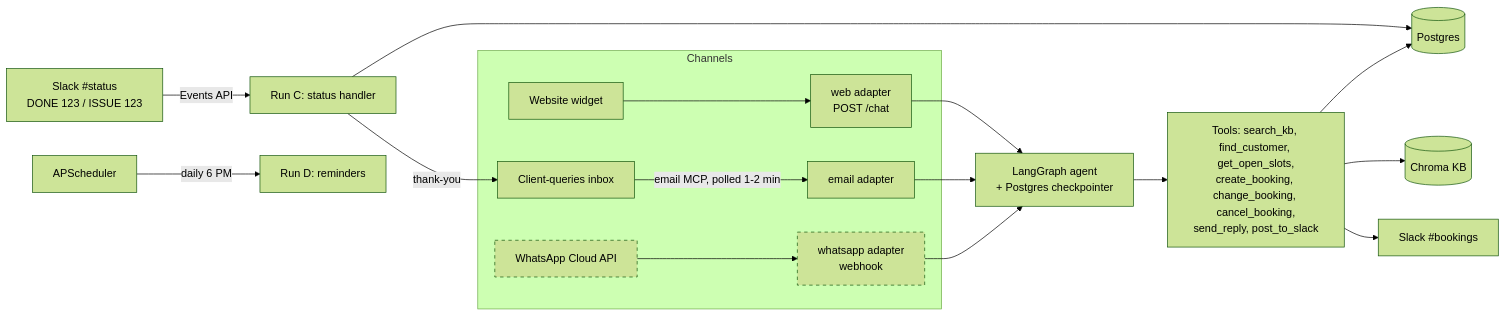
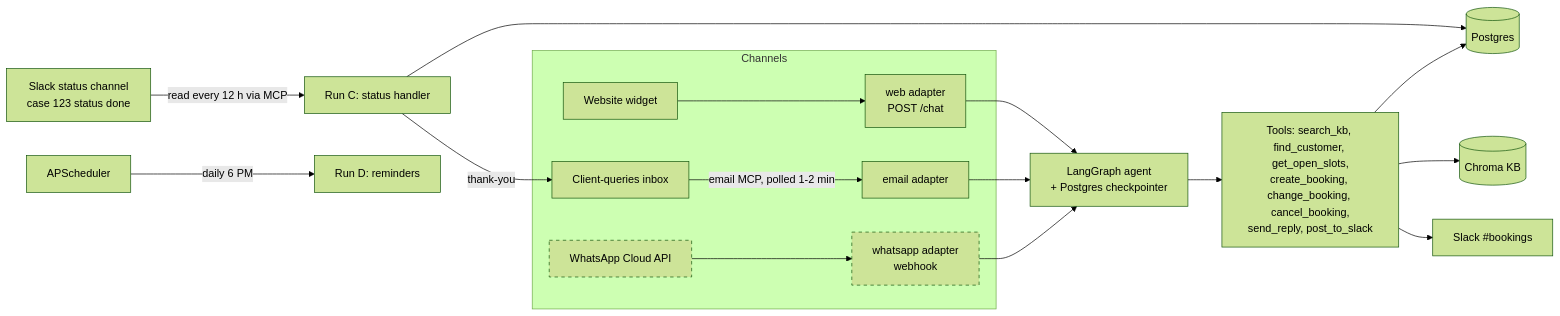
Before and after one commit to muhammadsirajdev/HVAC-Flow: the first of 2 diagrams in docs/plan.md, drawn with Mermaid (forest theme). The commit also changed other lines of this file and 16 other files, not shown here.

````diff
--- a/docs/plan.md
+++ b/docs/plan.md
@@ -42,18 +42,18 @@
 ```mermaid
 flowchart LR
   subgraph Channels
     W[Website widget] --> WA[web adapter<br/>POST /chat]
     E[Client-queries inbox] -->|email MCP, polled 1-2 min| EA[email adapter]
     WH[WhatsApp Cloud API]:::p2 --> WHA[whatsapp adapter<br/>webhook]:::p2
   end
   WA & EA & WHA --> AG[LangGraph agent<br/>+ Postgres checkpointer]
   AG --> T[Tools: search_kb, find_customer, get_open_slots,<br/>create_booking, change_booking, cancel_booking,<br/>send_reply, post_to_slack]
   T --> DB[(Postgres)]
   T --> KB[(Chroma KB)]
   T --> SB[Slack #bookings]
-  SS[Slack #status<br/>DONE 123 / ISSUE 123] -->|Events API| RC[Run C: status handler]
+  SS[Slack status channel<br/>case 123 status done] -->|read every 12 h via MCP| RC[Run C: status handler]
   RC --> DB
   RC -->|thank-you| E
   SCHED[APScheduler] -->|daily 6 PM| RD[Run D: reminders]
   classDef p2 stroke-dasharray: 5 5
 ```
````
